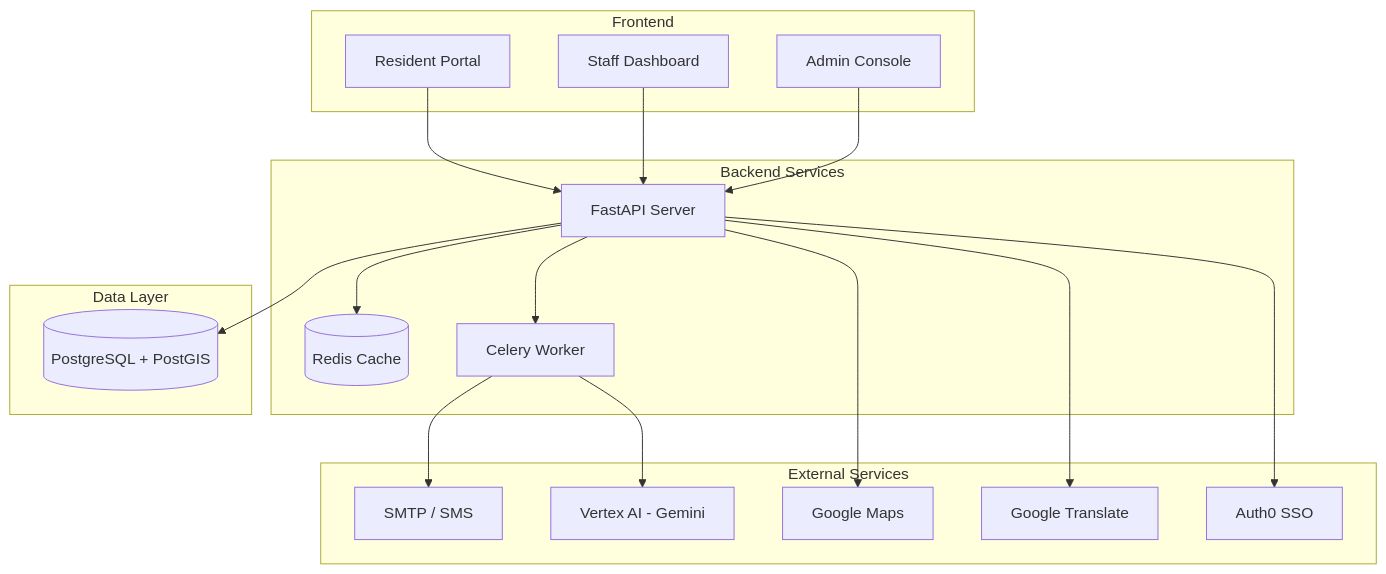
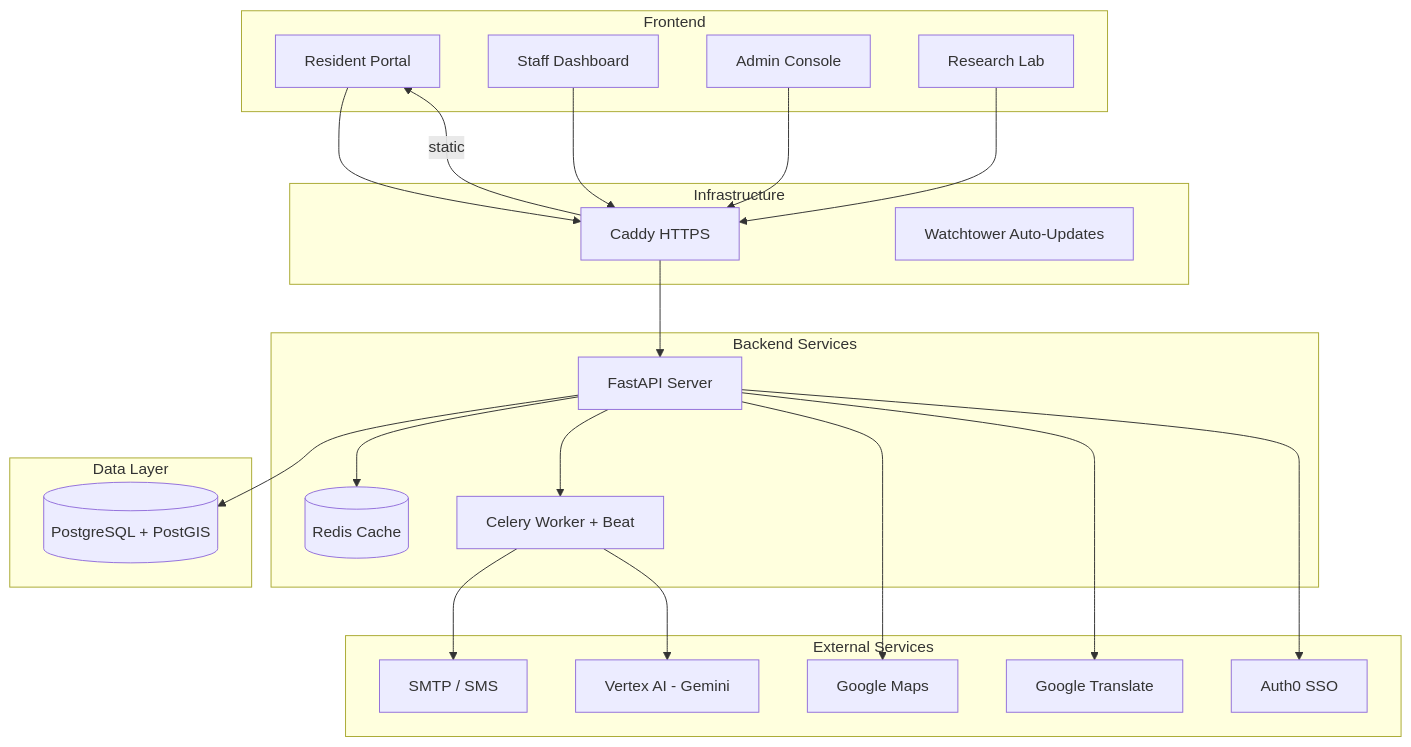
Before and after one commit to Pinpoint-311/Pinpoint-311: the first of 3 diagrams in README.md, drawn with Mermaid. The commit also changed other lines of this file and 22 other files, not shown here.

First line of the commit message:
fix: audit fixes — update repo org to Pinpoint-311, remove Zitadel, fix Celery beat, correct README discrepancies

````diff
--- a/README.md
+++ b/README.md
@@ -134,41 +134,50 @@
 ```mermaid
 graph TB
     subgraph "Frontend"
         RP[Resident Portal]
         SP[Staff Dashboard]
         AC[Admin Console]
+        RL[Research Lab]
     end
 
     subgraph "Backend Services"
         API[FastAPI Server]
-        WK[Celery Worker]
+        WK[Celery Worker + Beat]
         RD[(Redis Cache)]
     end
 
     subgraph "Data Layer"
         PG[(PostgreSQL + PostGIS)]
+    end
+
+    subgraph "Infrastructure"
+        CD[Caddy HTTPS]
+        WT[Watchtower Auto-Updates]
     end
 
     subgraph "External Services"
         VA[Vertex AI - Gemini]
         GM[Google Maps]
         GT[Google Translate]
         SM[SMTP / SMS]
         A0[Auth0 SSO]
     end
 
-    RP --> API
-    SP --> API
-    AC --> API
-    
+    RP --> CD
+    SP --> CD
+    AC --> CD
+    RL --> CD
+    CD --> API
+    CD --> |static| RP
+
     API --> PG
     API --> RD
     API --> WK
-    
+
     WK --> SM
     WK --> VA
-    
+
     API --> GM
     API --> GT
     API --> A0
 ```
````
